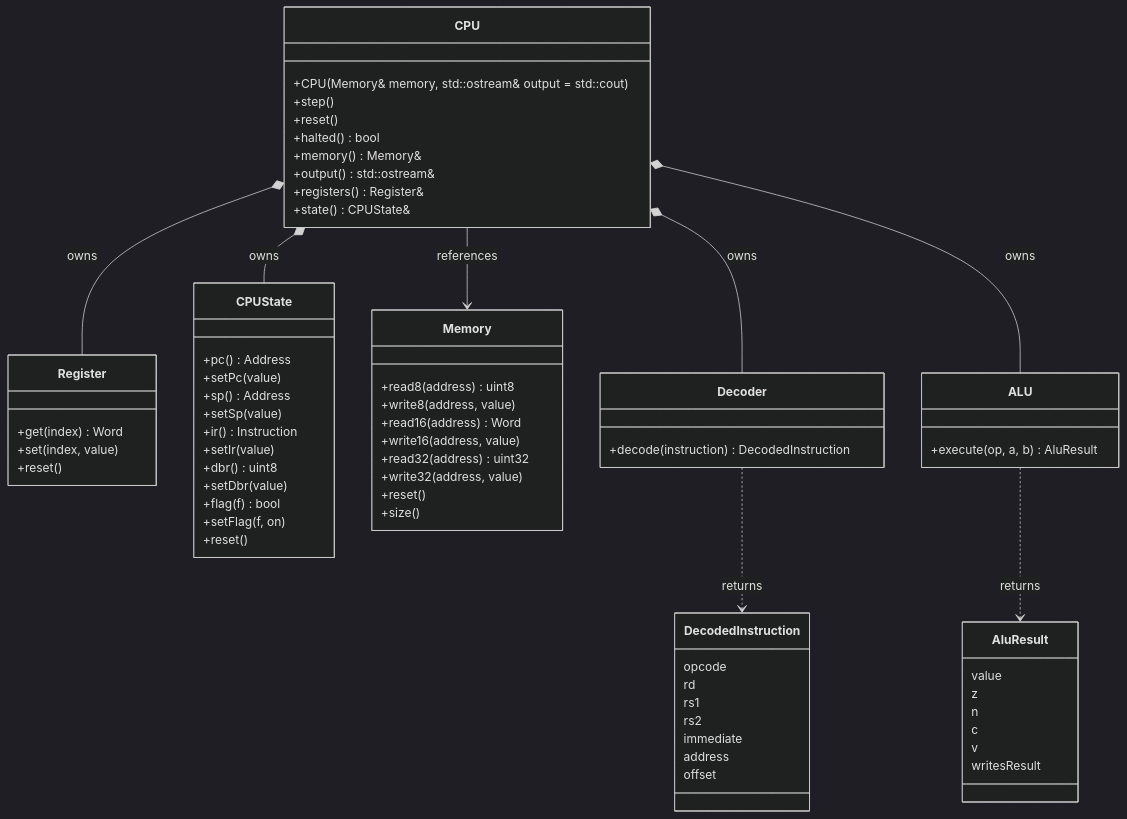
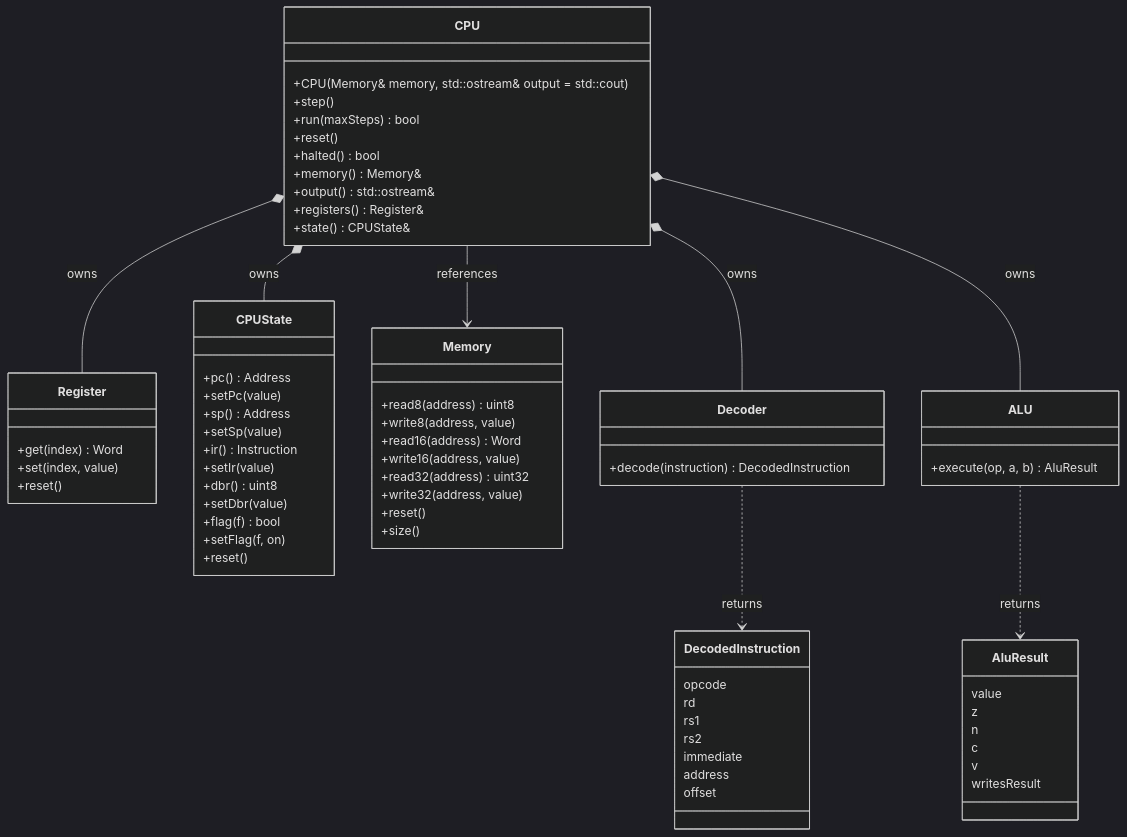
One commit to kpolet2010-hue/CoreSim changed the second of 4 diagrams in docs/ARCHITECTURE.md. Above: the diagram before and after it, drawn with Mermaid (dark theme). The commit also changed other lines of this file and 3 other files, not shown here.

````diff
--- a/docs/ARCHITECTURE.md
+++ b/docs/ARCHITECTURE.md
@@ -52,72 +52,73 @@
 ```mermaid
 classDiagram
     class CPU {
         +CPU(Memory& memory, std::ostream& output = std::cout)
         +step()
+        +run(maxSteps) bool
         +reset()
         +halted() bool
         +memory() Memory&
         +output() std::ostream&
         +registers() Register&
         +state() CPUState&
     }
     class Register {
         +get(index) Word
         +set(index, value)
         +reset()
     }
     class CPUState {
         +pc() Address
         +setPc(value)
         +sp() Address
         +setSp(value)
         +ir() Instruction
         +setIr(value)
         +dbr() uint8
         +setDbr(value)
         +flag(f) bool
         +setFlag(f, on)
         +reset()
     }
     class Memory {
         +read8(address) uint8
         +write8(address, value)
         +read16(address) Word
         +write16(address, value)
         +read32(address) uint32
         +write32(address, value)
         +reset()
         +size()
     }
     class Decoder {
         +decode(instruction) DecodedInstruction
     }
     class DecodedInstruction {
         opcode
         rd
         rs1
         rs2
         immediate
         address
         offset
     }
     class ALU {
         +execute(op, a, b) AluResult
     }
     class AluResult {
         value
         z
         n
         c
         v
         writesResult
     }
 
     CPU *-- Register : owns
     CPU *-- CPUState : owns
     CPU *-- Decoder : owns
     CPU *-- ALU : owns
     CPU --> Memory : references
     Decoder ..> DecodedInstruction : returns
     ALU ..> AluResult : returns
 ```
````
